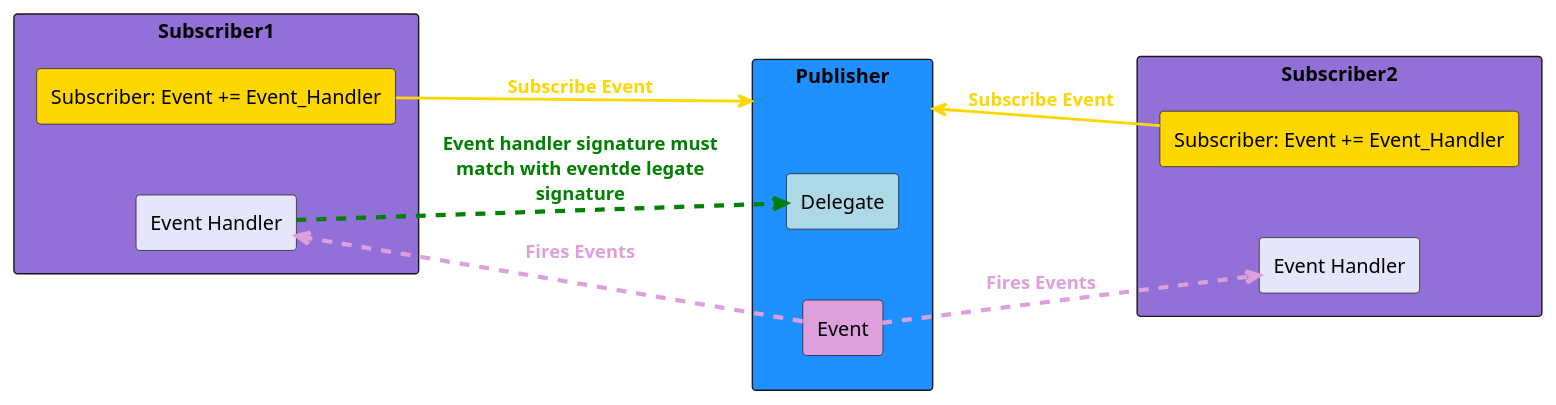
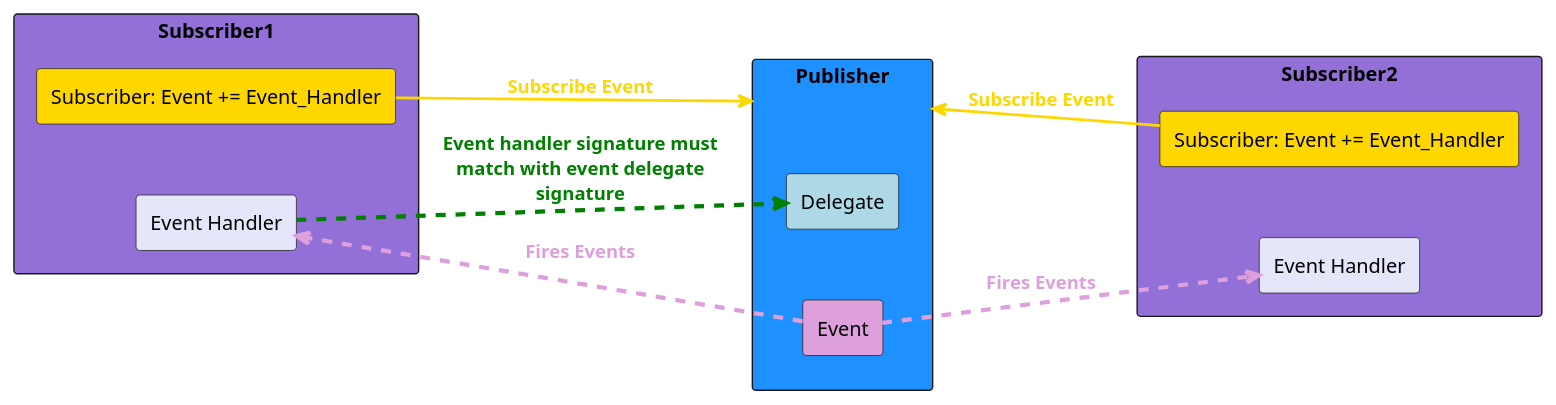
One commit to Andribi/AmbrogioDiagrams changed the diagram in Unity.puml. Above: the diagram before and after it, drawn with PlantUML.

Commit message:
Unity diagram

```diff
--- a/Unity.puml
+++ b/Unity.puml
@@ -1,27 +1,27 @@
 @startuml
 skinparam maxMessageSize 200
 skinparam nodesep 50
 skinparam ranksep 50
 rectangle Subscriber1 as s1 #mediumpurple{
 left to right direction
 rectangle "Subscriber: Event += Event_Handler" as sub1 #Gold
 rectangle "Event Handler" as eh1 #Lavender
 }
 
 rectangle Subscriber2 as s2 #mediumpurple{
 left to right direction
 rectangle "Event Handler" as eh2 #Lavender
 rectangle "Subscriber: Event += Event_Handler" as sub2 #Gold
 }
 
 rectangle Publisher as p #DodgerBlue{
 left to right direction
 rectangle "Delegate" as d #LightBlue
 rectangle "Event" as ep #Plum
 }
 sub1 --> p #line:gold;line.bold;text:gold : **Subscribe Event**
 sub2 -l-> p #line:gold;line.bold;text:gold : **Subscribe Event**
 ep -[dashed,thickness=3]-> eh1 #line:plum;text:plum : **Fires Events**
 ep -[dashed,thickness=3]-> eh2 #line:plum;text:plum : **Fires Events**
-eh1 -[dashed,thickness=3]-> d #line:green;text:green : **Event handler signature must match with eventde legate signature**
+eh1 -[dashed,thickness=3]-> d #line:green;text:green : **Event handler signature must match with event delegate signature**
 @enduml
```
